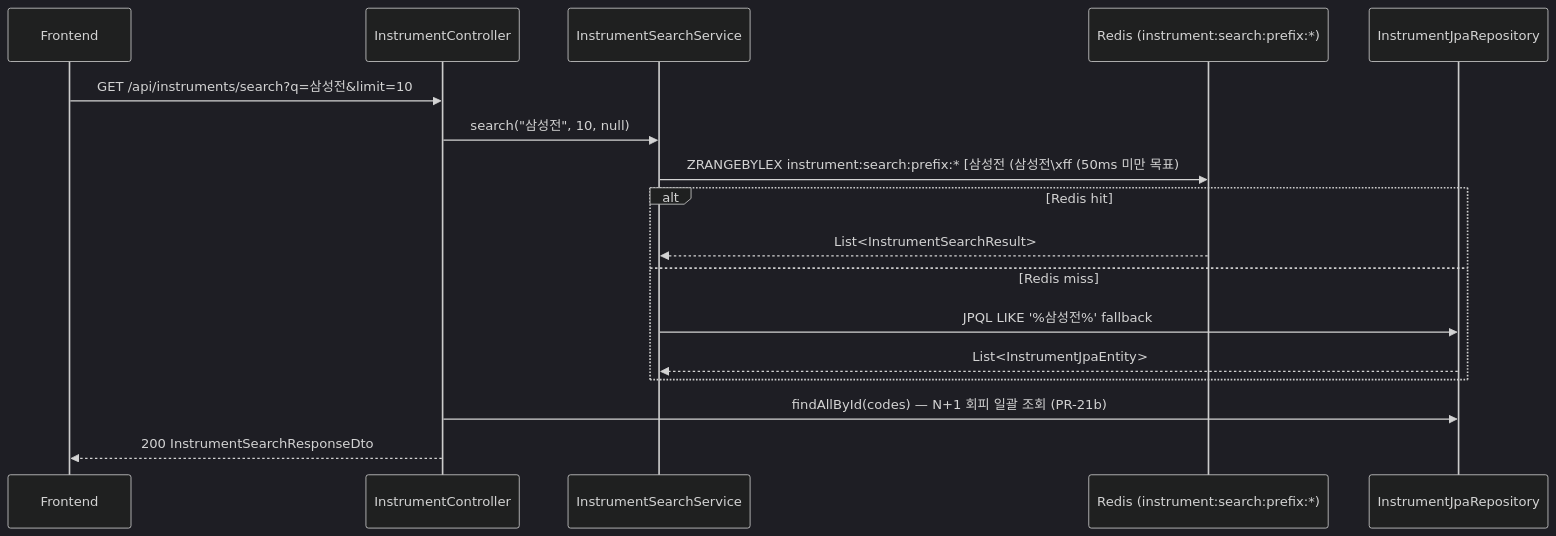
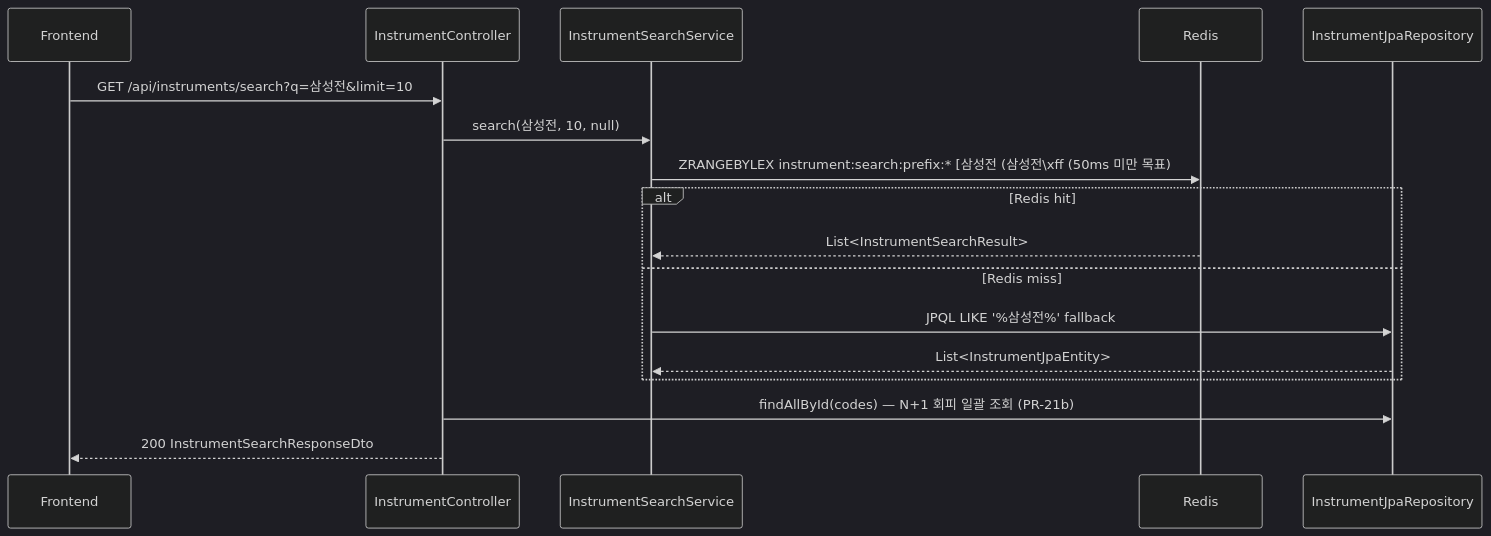
One commit to sp-daewoon/magicJar changed the third of 12 diagrams in _workspace/baseline/v3.1.0/02-data-flow.md. Above: the diagram before and after it, drawn with Mermaid (dark theme). The commit also changed other lines of this file and 9 other files, not shown here.

First line of the commit message:
fix(baseline+script): Mermaid 10 syntax error 일괄 정정

````diff
--- a/_workspace/baseline/v3.1.0/02-data-flow.md
+++ b/_workspace/baseline/v3.1.0/02-data-flow.md
@@ -92,20 +92,20 @@
 ```mermaid
 sequenceDiagram
     participant FE as Frontend
     participant CTRL as InstrumentController
     participant ISS as InstrumentSearchService
-    participant REDIS as Redis (instrument:search:prefix:*)
+    participant REDIS as Redis
     participant REPO as InstrumentJpaRepository
 
     FE->>CTRL: GET /api/instruments/search?q=삼성전&limit=10
-    CTRL->>ISS: search("삼성전", 10, null)
+    CTRL->>ISS: search(삼성전, 10, null)
     ISS->>REDIS: ZRANGEBYLEX instrument:search:prefix:* [삼성전 (삼성전\xff (50ms 미만 목표)
     alt Redis hit
         REDIS-->>ISS: List<InstrumentSearchResult>
     else Redis miss
         ISS->>REPO: JPQL LIKE '%삼성전%' fallback
         REPO-->>ISS: List<InstrumentJpaEntity>
     end
     CTRL->>REPO: findAllById(codes) — N+1 회피 일괄 조회 (PR-21b)
     CTRL-->>FE: 200 InstrumentSearchResponseDto
 ```
````
